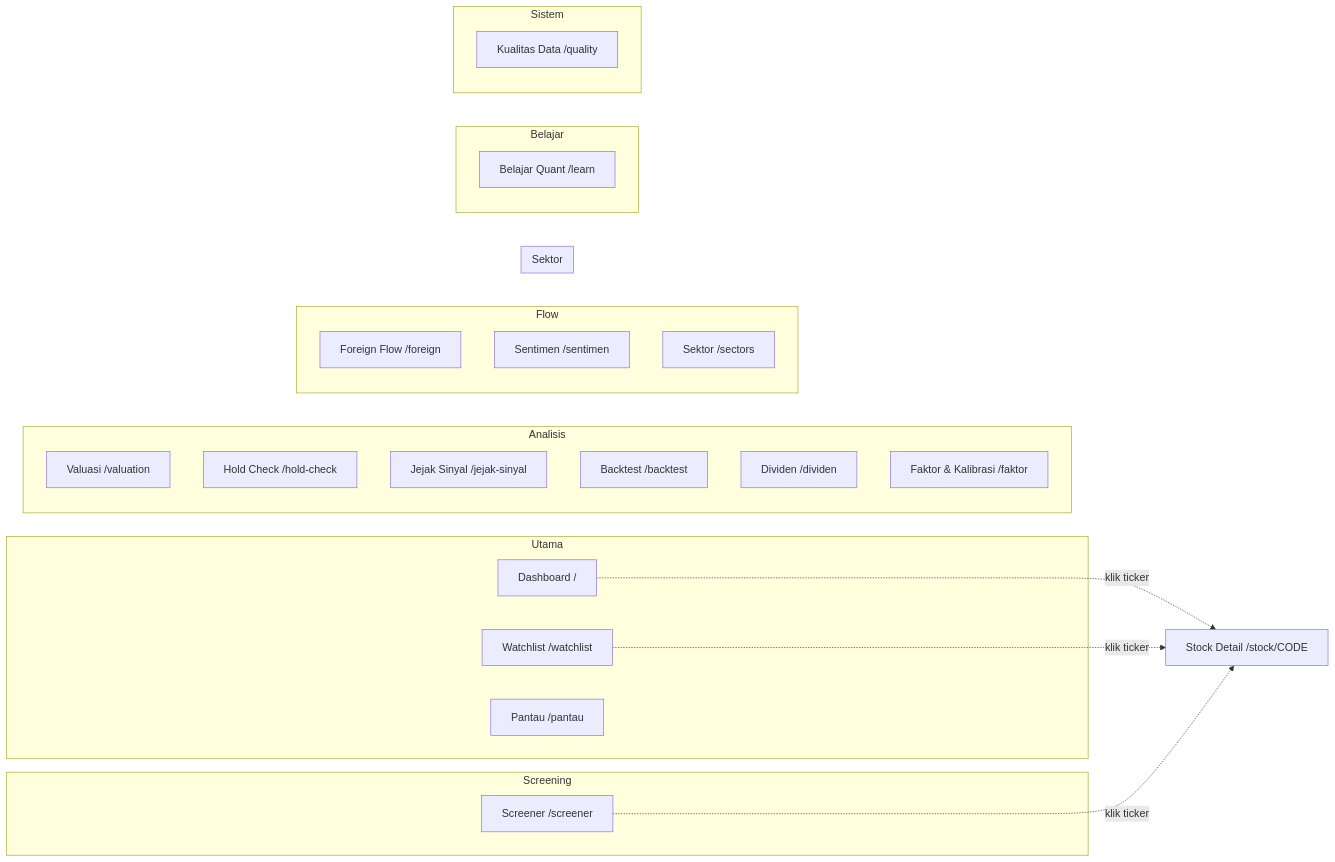
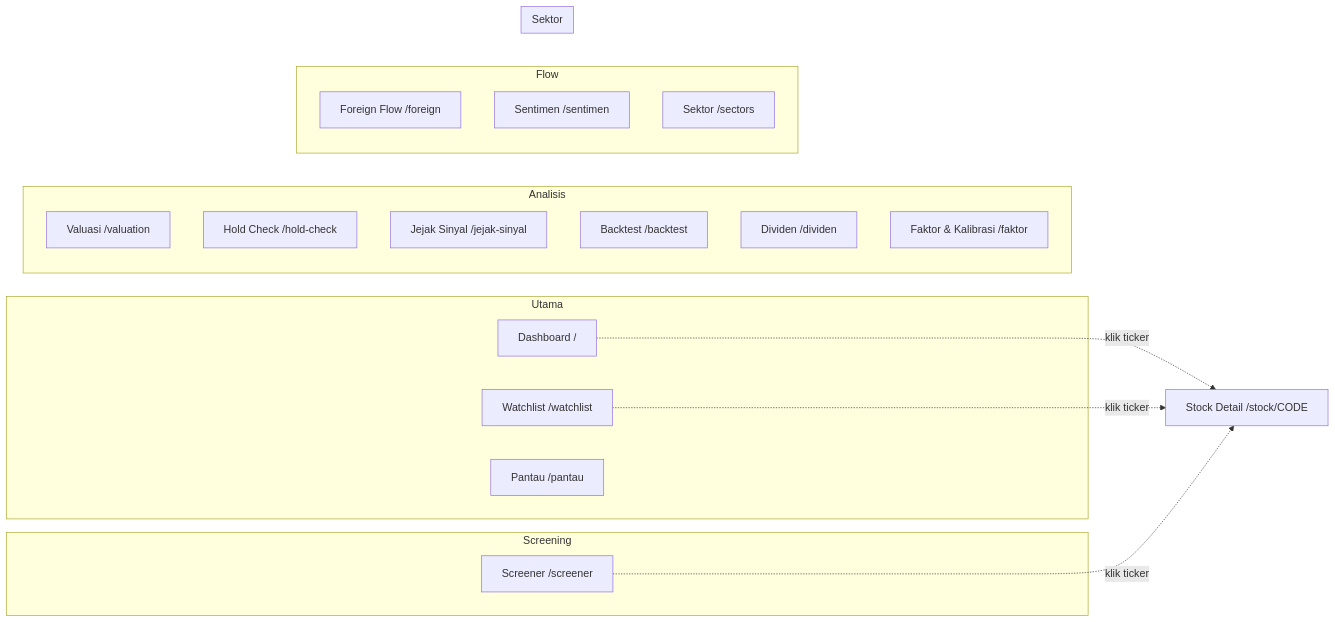
The first of 2 diagrams in README.md (faizalajiw/idx-web), drawn with Mermaid before and after one commit. The commit also changed other lines of this file and 9 other files, not shown here.

First line of the commit message:
buang halaman learn, quality, watchlist, dan RRG sektor

````diff
--- a/README.md
+++ b/README.md
@@ -13,36 +13,30 @@
 ```mermaid
 graph LR
   subgraph Utama
     A[Dashboard /]
     B[Watchlist /watchlist]
     C[Pantau /pantau]
   end
   subgraph Screening
     D[Screener /screener]
   end
   subgraph Analisis
     E[Valuasi /valuation]
     F[Hold Check /hold-check]
     G[Jejak Sinyal /jejak-sinyal]
     H[Backtest /backtest]
     I[Dividen /dividen]
     J[Faktor & Kalibrasi /faktor]
   end
   subgraph Flow
     K[Foreign Flow /foreign]
     L[Sentimen /sentimen]
     M[Aktivitas Broker /broker-activity]
   end
   subgraph Sektor
     M[Sektor /sectors]
   end
-  subgraph Belajar
-    N[Belajar Quant /learn]
-  end
-  subgraph Sistem
-    O[Kualitas Data /quality]
-  end
   A -.klik ticker.-> P[Stock Detail /stock/CODE]
   B -.klik ticker.-> P
   D -.klik ticker.-> P
 ```
````
